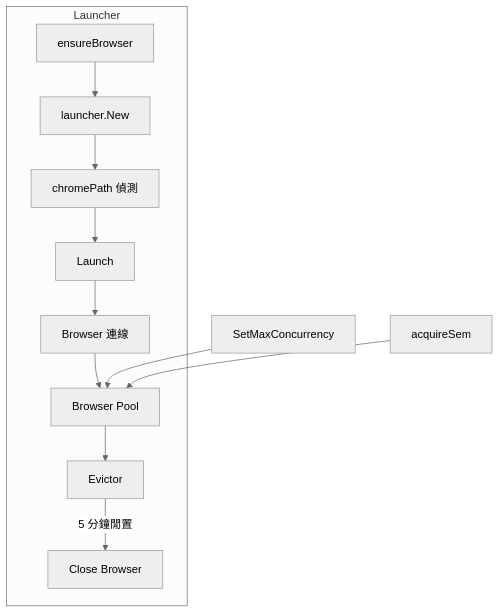
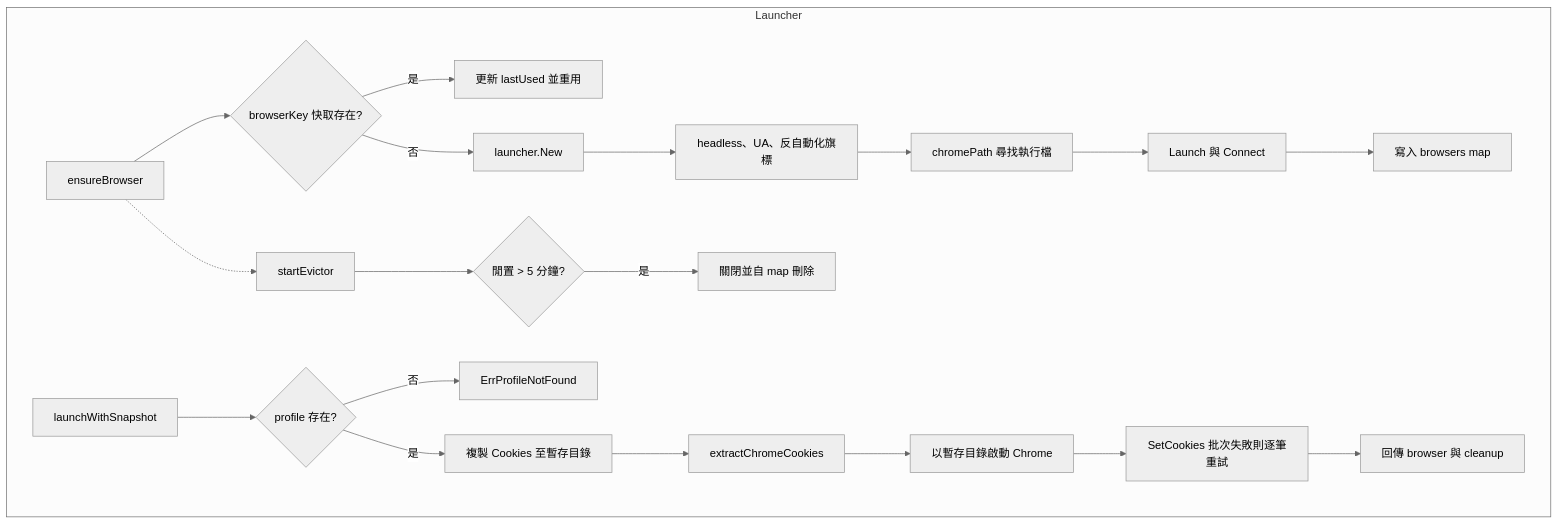
One commit to pardnchiu/go-browser changed the second of 8 diagrams in doc/architecture.zh.md. Above: the diagram before and after it, drawn with Mermaid (neutral theme). The commit also changed other lines of this file and 5 other files, not shown here.

````diff
--- a/doc/architecture.zh.md
+++ b/doc/architecture.zh.md
@@ -24,14 +30,22 @@
 ```mermaid
 graph TB
     subgraph Launcher
-        A[ensureBrowser] --> B[launcher.New]
-        B --> C[chromePath 偵測]
-        C --> D[Launch]
-        D --> E[Browser 連線]
-        E --> F[Browser Pool]
-        F --> G[Evictor]
-        G -->|5 分鐘閒置| H[Close Browser]
+        A[ensureBrowser] --> B{browserKey 快取存在?}
+        B -->|是| C[更新 lastUsed 並重用]
+        B -->|否| D[launcher.New]
+        D --> E[headless、UA、反自動化旗標]
+        E --> F[chromePath 尋找執行檔]
+        F --> G[Launch 與 Connect]
+        G --> H[寫入 browsers map]
+        I[startEvictor] --> J{閒置 > 5 分鐘?}
+        J -->|是| K[關閉並自 map 刪除]
+        L[launchWithSnapshot] --> M{profile 存在?}
+        M -->|否| N[ErrProfileNotFound]
+        M -->|是| O[複製 Cookies 至暫存目錄]
+        O --> P[extractChromeCookies]
+        P --> Q[以暫存目錄啟動 Chrome]
+        Q --> R[SetCookies 批次失敗則逐筆重試]
+        R --> S[回傳 browser 與 cleanup]
     end
-    I[SetMaxConcurrency] --> F
-    J[acquireSem] --> F
+    A -.-> I
 ```
````
